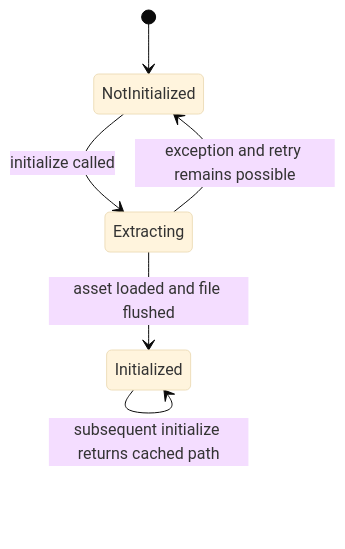
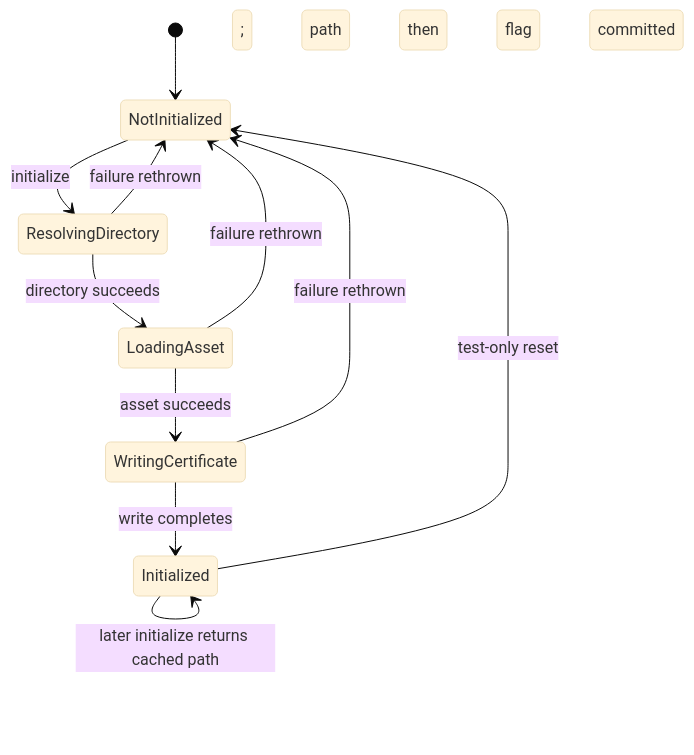
The fifth of 9 diagrams in .reversa/_reversa_sdd/state-machines.md (DartGit-dev/git2dart_binaries), drawn with Mermaid (base theme) before and after one commit. The commit also changed other lines of this file and 250 other files, not shown here.

````diff
--- a/.reversa/_reversa_sdd/state-machines.md
+++ b/.reversa/_reversa_sdd/state-machines.md
@@ -31,8 +102,13 @@
 ```mermaid
 stateDiagram-v2
   [*] --> NotInitialized
-  NotInitialized --> Extracting: initialize called
-  Extracting --> Initialized: asset loaded and file flushed
-  Extracting --> NotInitialized: exception and retry remains possible
-  Initialized --> Initialized: subsequent initialize returns cached path
+  NotInitialized --> ResolvingDirectory: initialize
+  ResolvingDirectory --> LoadingAsset: directory succeeds
+  LoadingAsset --> WritingCertificate: asset succeeds
+  WritingCertificate --> Initialized: write completes; path then flag committed
+  ResolvingDirectory --> NotInitialized: failure rethrown
+  LoadingAsset --> NotInitialized: failure rethrown
+  WritingCertificate --> NotInitialized: failure rethrown
+  Initialized --> Initialized: later initialize returns cached path
+  Initialized --> NotInitialized: test-only reset
 ```
````
